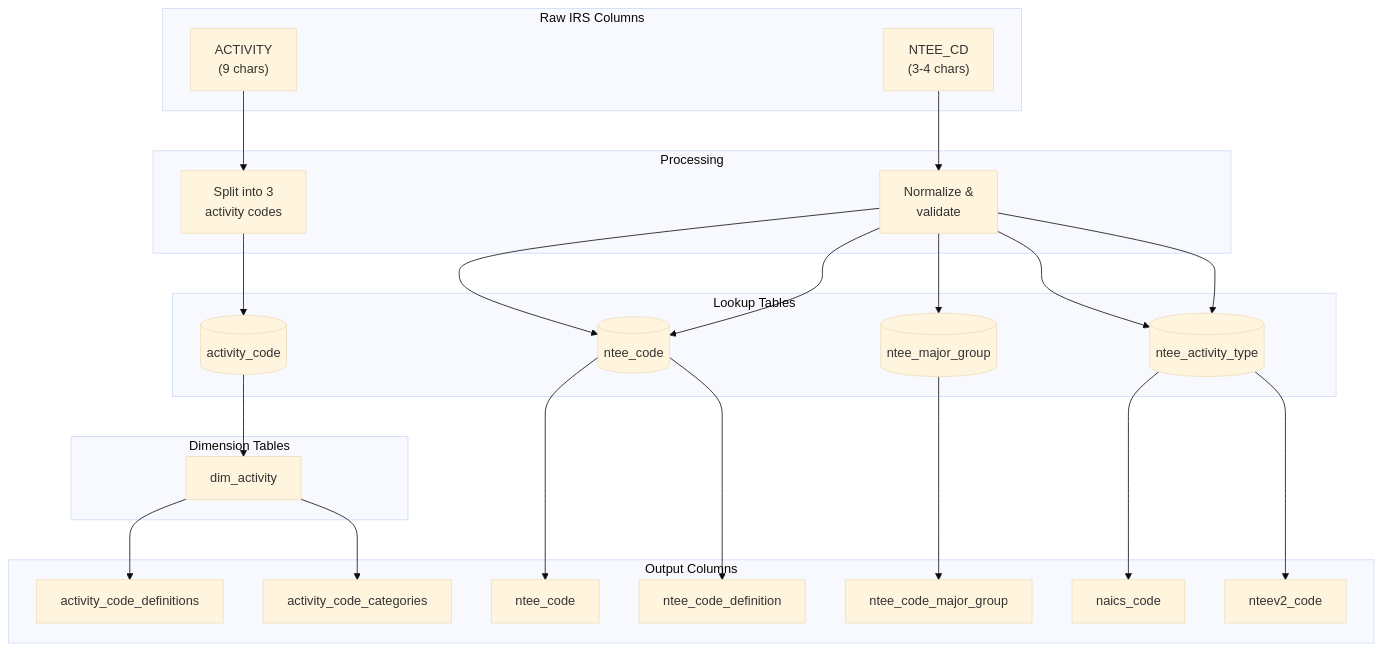
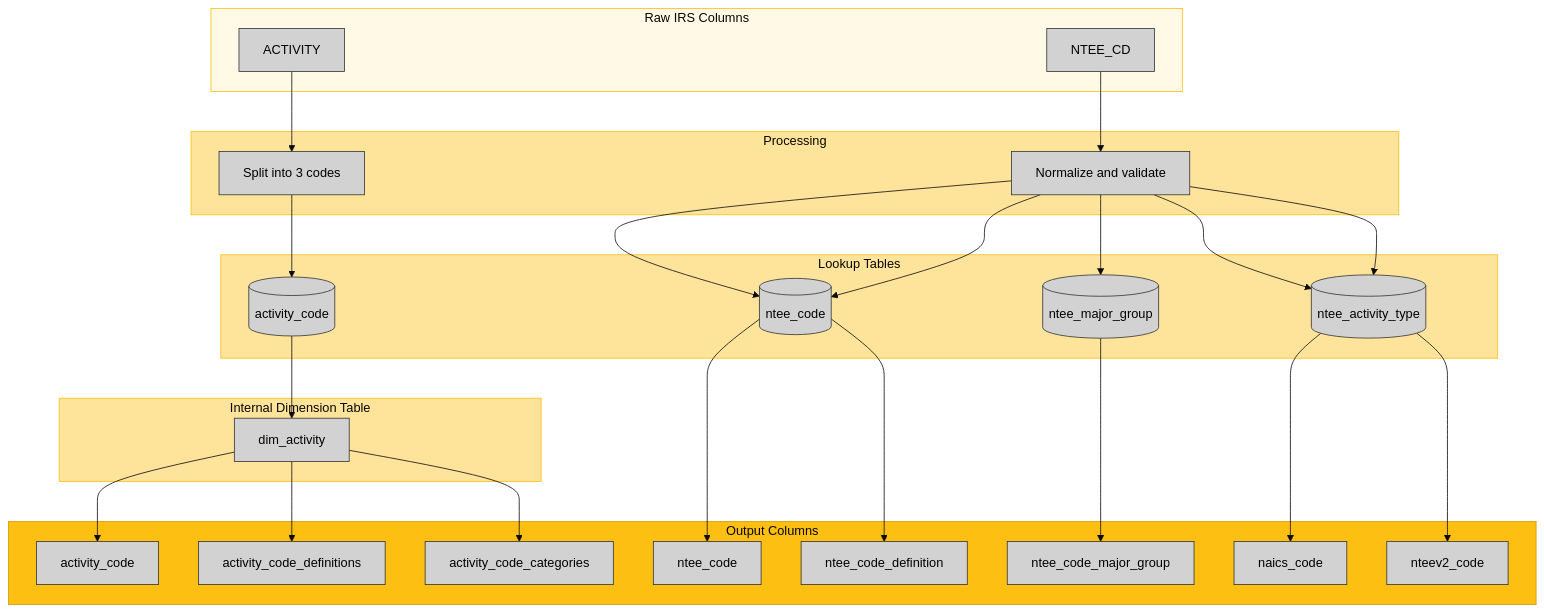
The fourth of 10 diagrams in docs/02-data-lineage.qmd (UrbanInstitute/nccs-data-bmf), drawn with Mermaid (base theme) before and after one commit. The commit also changed other lines of this file, not shown here.

First line of the commit message:
Update data lineage docs with theming and dimension tables

````diff
--- a/docs/02-data-lineage.qmd
+++ b/docs/02-data-lineage.qmd
@@ -153,46 +188,58 @@
 ```{mermaid}
+%%| fig-width: 10
+%%| fig-height: 8
 flowchart TB
-    subgraph Raw["Raw IRS Columns"]
-        ACT["ACTIVITY<br/>(9 chars)"]
-        NTEE["NTEE_CD<br/>(3-4 chars)"]
+    classDef node fill:#d2d2d2,stroke:#333,color:#000
+
+    subgraph Raw[Raw IRS Columns]
+        ACT[ACTIVITY]
+        NTEE[NTEE_CD]
     end
 
-    subgraph Process["Processing"]
-        SPLIT1["Split into 3<br/>activity codes"]
-        NORM["Normalize &<br/>validate"]
+    subgraph Process[Processing]
+        SPLIT1[Split into 3 codes]
+        NORM[Normalize and validate]
     end
 
-    subgraph Lookup["Lookup Tables"]
+    subgraph Lookup[Lookup Tables]
         L1[(activity_code)]
         L2[(ntee_code)]
         L3[(ntee_major_group)]
         L4[(ntee_activity_type)]
     end
 
-    subgraph DIM["Dimension Tables"]
+    subgraph DIM[Internal Dimension Table]
         DIM_ACT[dim_activity]
     end
 
-    subgraph Output["Output Columns"]
+    subgraph Output[Output Columns]
+        act_code[activity_code]
         act_def[activity_code_definitions]
         act_cat[activity_code_categories]
         ntee_clean[ntee_code]
         ntee_def[ntee_code_definition]
         ntee_major[ntee_code_major_group]
         naics[naics_code]
         nteev2[nteev2_code]
     end
 
     ACT --> SPLIT1
     SPLIT1 --> L1
     L1 --> DIM_ACT
+    DIM_ACT --> act_code
     DIM_ACT --> act_def
     DIM_ACT --> act_cat
 
     NTEE --> NORM
     NORM --> L2 --> ntee_clean
     NORM --> L2 --> ntee_def
     NORM --> L3 --> ntee_major
     NORM --> L4 --> naics
     NORM --> L4 --> nteev2
+
+    style Raw fill:#fff9e6,stroke:#fdbf11
+    style Process fill:#fee39b,stroke:#fdbf11
+    style Lookup fill:#fee39b,stroke:#fdbf11
+    style DIM fill:#fee39b,stroke:#fdbf11
+    style Output fill:#fdbf11,stroke:#d19c0f
 ```
````
